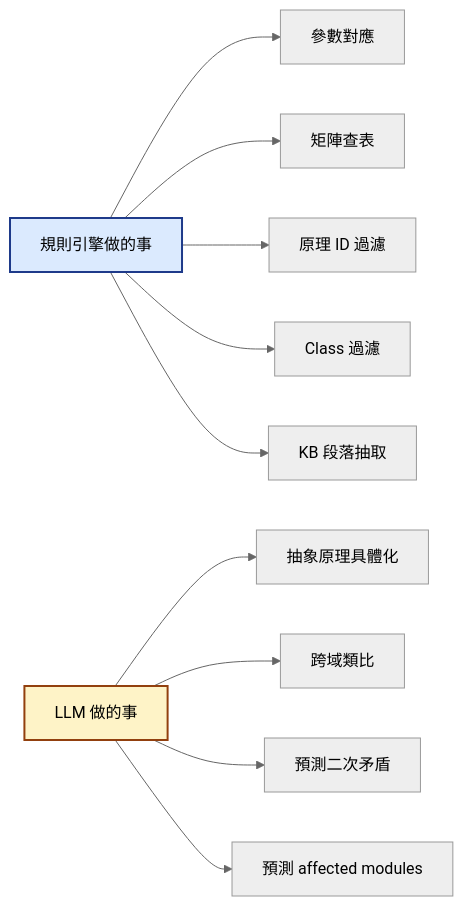
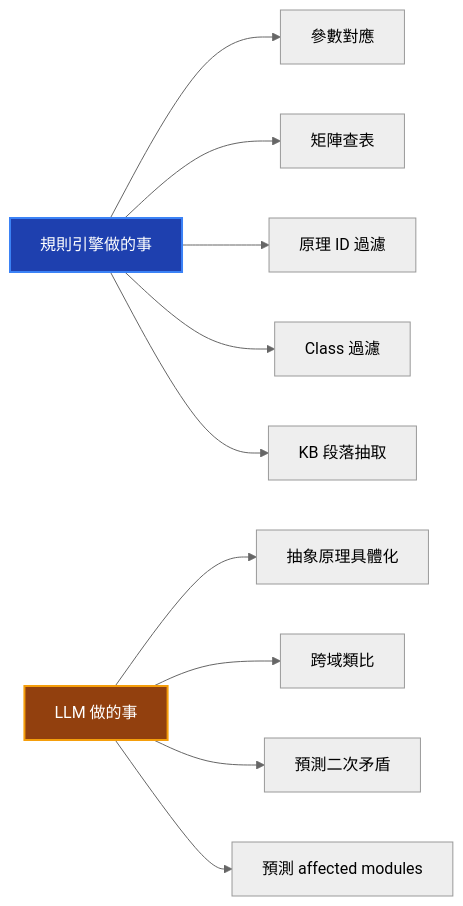
One commit to Zenobia0000/RD_copilot_system changed diagram 25 of 31 in docs/01-define/diagrams/appendix-b--forward-triz-solver.md. Above: the diagram before and after it, drawn with Mermaid. The commit also changed other lines of this file and 10 other files, not shown here.

First line of the commit message:
docs(diagrams): Gate 審計修復 + diagrams 缺失補齊 + Mermaid 暗色配色

````diff
--- a/docs/01-define/diagrams/appendix-b--forward-triz-solver.md
+++ b/docs/01-define/diagrams/appendix-b--forward-triz-solver.md
@@ -1109,17 +1109,17 @@
 ```mermaid
 %%{init: {'theme': 'neutral'}}%%
 graph LR
     Rule[規則引擎做的事] --> R1[參數對應]
     Rule --> R2[矩陣查表]
     Rule --> R3[原理 ID 過濾]
     Rule --> R4[Class 過濾]
     Rule --> R5[KB 段落抽取]
 
     LLM2[LLM 做的事] --> M1[抽象原理具體化]
     LLM2 --> M2[跨域類比]
     LLM2 --> M3[預測二次矛盾]
     LLM2 --> M4[預測 affected modules]
 
-    style Rule fill:#dbeafe,stroke:#1e3a8a,stroke-width:2px,color:#000
-    style LLM2 fill:#fef3c7,stroke:#92400e,stroke-width:2px,color:#000
+    style Rule fill:#1E40AF,color:#fff,stroke:#3B82F6,stroke-width:2px
+    style LLM2 fill:#92400E,color:#fff,stroke:#F59E0B,stroke-width:2px
 ```
````
